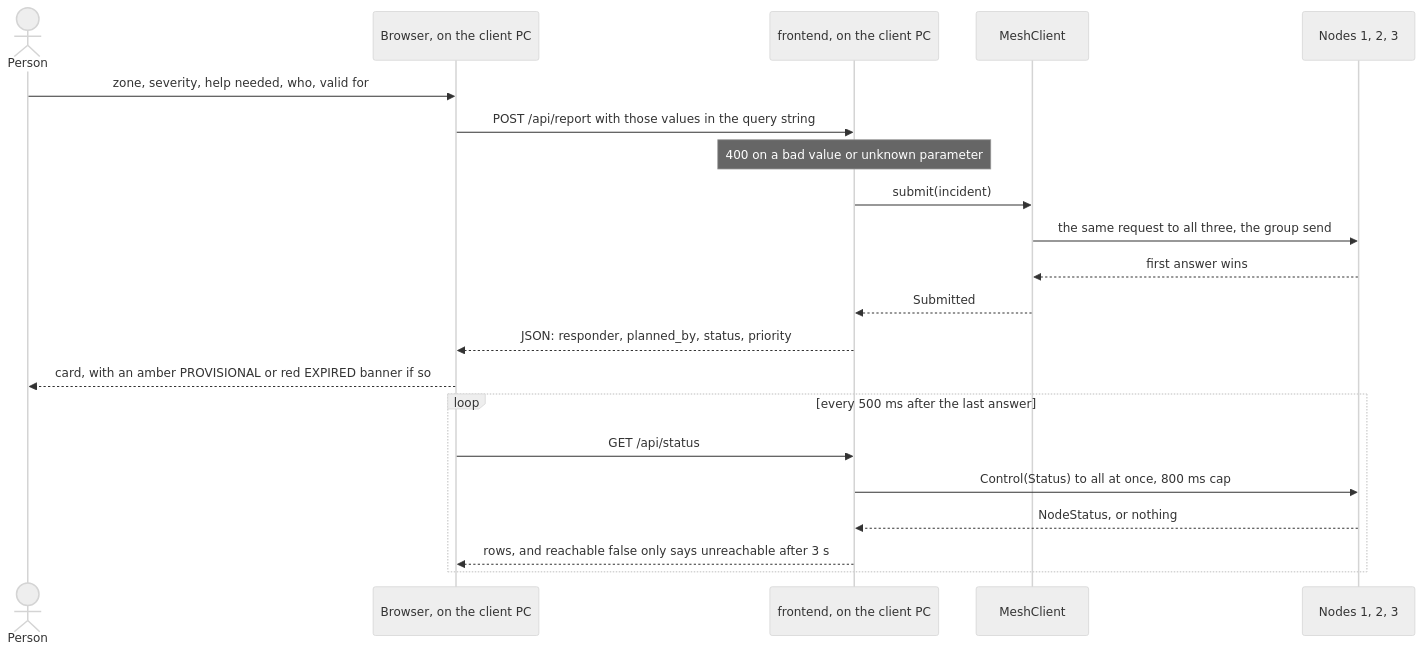
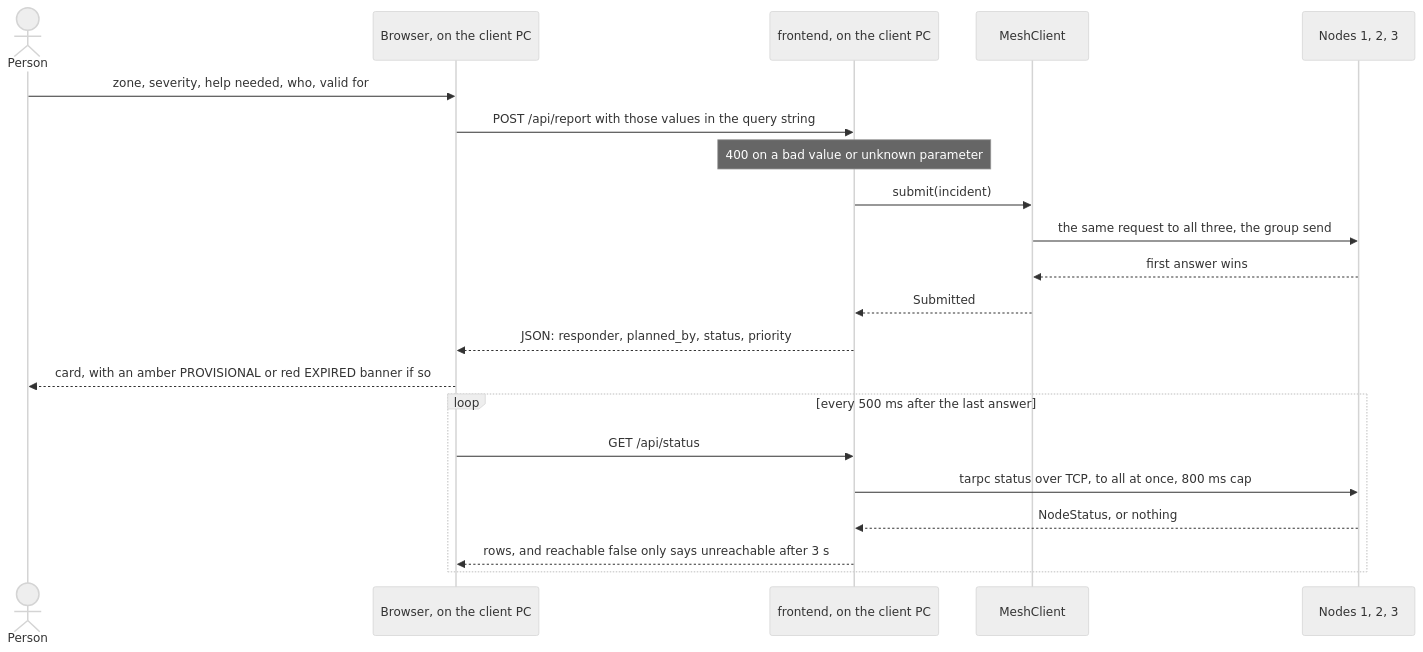
One commit to noortaytoy1/DistributedSystems changed diagram 29 of 47 in docs/architecture.md. Above: the diagram before and after it, drawn with Mermaid (neutral theme). The commit also changed other lines of this file and 8 other files, not shown here.

````diff
--- a/docs/architecture.md
+++ b/docs/architecture.md
@@ -1079,23 +1190,23 @@
 ```mermaid
 sequenceDiagram
     actor P as Person
     participant B as Browser, on the client PC
     participant F as frontend, on the client PC
     participant M as MeshClient
     participant N as Nodes 1, 2, 3
     P->>B: zone, severity, help needed, who, valid for
     B->>F: POST /api/report with those values in the query string
     Note over F: 400 on a bad value or unknown parameter
     F->>M: submit(incident)
     M->>N: the same request to all three, the group send
     N-->>M: first answer wins
     M-->>F: Submitted
     F-->>B: JSON: responder, planned_by, status, priority
     B-->>P: card, with an amber PROVISIONAL or red EXPIRED banner if so
     loop every 500 ms after the last answer
         B->>F: GET /api/status
-        F->>N: Control(Status) to all at once, 800 ms cap
+        F->>N: tarpc status over TCP, to all at once, 800 ms cap
         N-->>F: NodeStatus, or nothing
         F-->>B: rows, and reachable false only says unreachable after 3 s
     end
 ```
````
